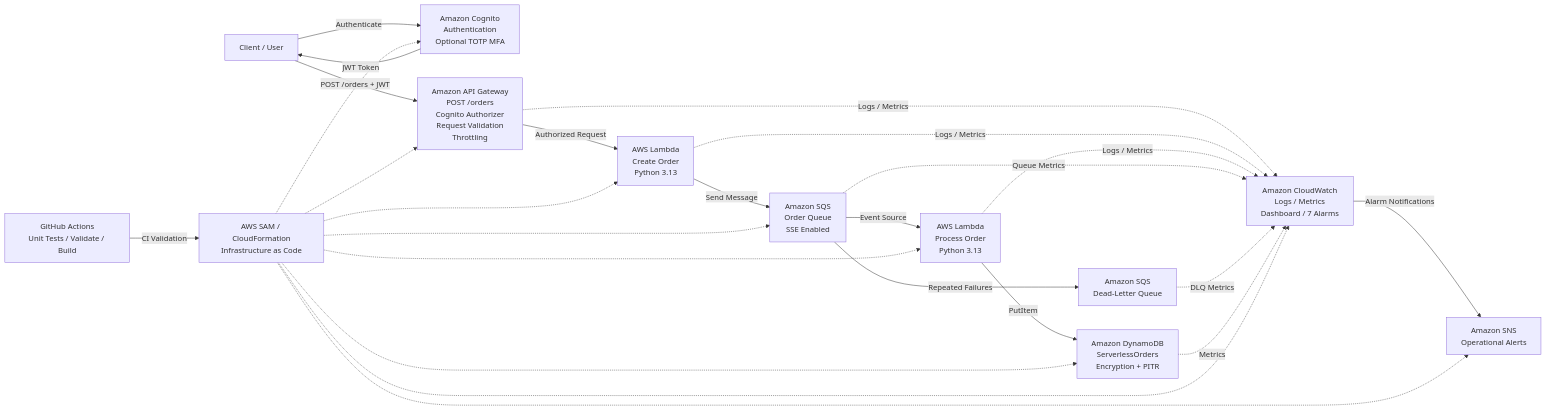
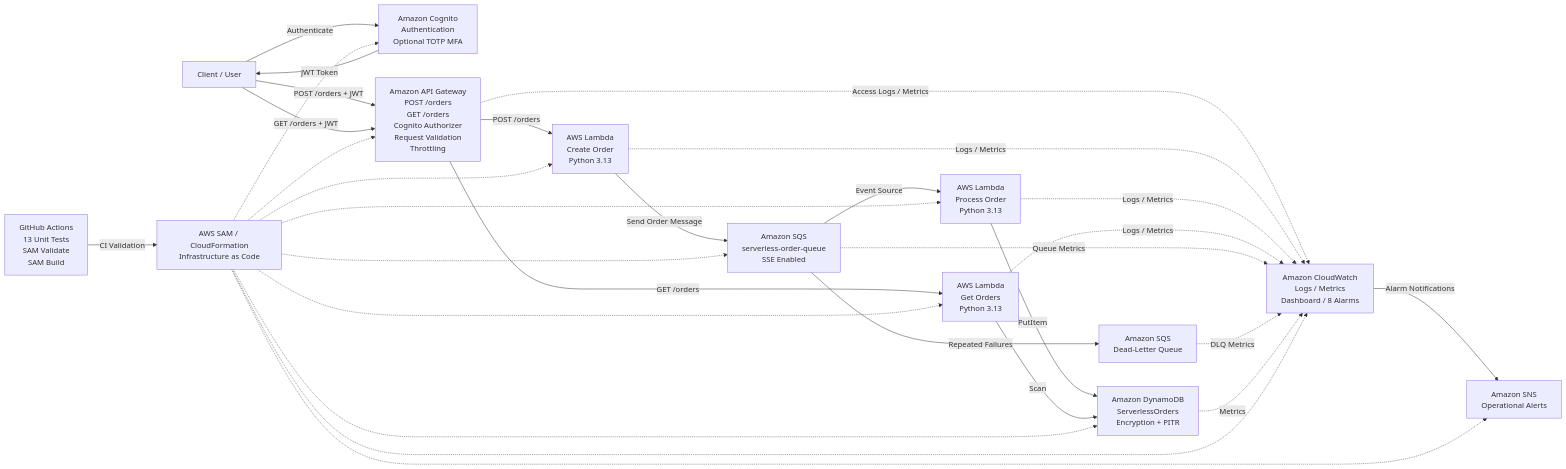
One commit to MusaMabasa/serverless-order-processing changed the diagram in docs/architecture.md. Above: the diagram before and after it, drawn with Mermaid. The commit also changed other lines of this file and 3 other files, not shown here.

Commit message:
Update documentation for authenticated GET orders endpoint

````diff
--- a/docs/architecture.md
+++ b/docs/architecture.md
@@ -3,48 +3,73 @@
 ```mermaid
 flowchart LR
 
     User["Client / User"]
+
     Cognito["Amazon Cognito<br/>Authentication<br/>Optional TOTP MFA"]
-    APIGW["Amazon API Gateway<br/>POST /orders<br/>Cognito Authorizer<br/>Request Validation<br/>Throttling"]
+
+    APIGW["Amazon API Gateway<br/>POST /orders<br/>GET /orders<br/>Cognito Authorizer<br/>Request Validation<br/>Throttling"]
+
     CreateLambda["AWS Lambda<br/>Create Order<br/>Python 3.13"]
-    SQS["Amazon SQS<br/>Order Queue<br/>SSE Enabled"]
+
+    SQS["Amazon SQS<br/>serverless-order-queue<br/>SSE Enabled"]
+
     ProcessLambda["AWS Lambda<br/>Process Order<br/>Python 3.13"]
+
+    GetOrdersLambda["AWS Lambda<br/>Get Orders<br/>Python 3.13"]
+
     DynamoDB["Amazon DynamoDB<br/>ServerlessOrders<br/>Encryption + PITR"]
+
     DLQ["Amazon SQS<br/>Dead-Letter Queue"]
-    CloudWatch["Amazon CloudWatch<br/>Logs / Metrics<br/>Dashboard / 7 Alarms"]
+
+    CloudWatch["Amazon CloudWatch<br/>Logs / Metrics<br/>Dashboard / 8 Alarms"]
+
     SNS["Amazon SNS<br/>Operational Alerts"]
+
     SAM["AWS SAM / CloudFormation<br/>Infrastructure as Code"]
-    GitHub["GitHub Actions<br/>Unit Tests / Validate / Build"]
+
+    GitHub["GitHub Actions<br/>13 Unit Tests<br/>SAM Validate<br/>SAM Build"]
+
 
     User -->|"Authenticate"| Cognito
     Cognito -->|"JWT Token"| User
 
+
     User -->|"POST /orders + JWT"| APIGW
-    APIGW -->|"Authorized Request"| CreateLambda
+    APIGW -->|"POST /orders"| CreateLambda
 
-    CreateLambda -->|"Send Message"| SQS
+    CreateLambda -->|"Send Order Message"| SQS
     SQS -->|"Event Source"| ProcessLambda
     ProcessLambda -->|"PutItem"| DynamoDB
 
+
+    User -->|"GET /orders + JWT"| APIGW
+    APIGW -->|"GET /orders"| GetOrdersLambda
+    GetOrdersLambda -->|"Scan"| DynamoDB
+
+
     SQS -->|"Repeated Failures"| DLQ
 
-    APIGW -.->|"Logs / Metrics"| CloudWatch
+
+    APIGW -.->|"Access Logs / Metrics"| CloudWatch
     CreateLambda -.->|"Logs / Metrics"| CloudWatch
     ProcessLambda -.->|"Logs / Metrics"| CloudWatch
+    GetOrdersLambda -.->|"Logs / Metrics"| CloudWatch
     SQS -.->|"Queue Metrics"| CloudWatch
     DLQ -.->|"DLQ Metrics"| CloudWatch
     DynamoDB -.->|"Metrics"| CloudWatch
 
     CloudWatch -->|"Alarm Notifications"| SNS
 
+
+    SAM -.-> Cognito
     SAM -.-> APIGW
-    SAM -.-> Cognito
     SAM -.-> CreateLambda
+    SAM -.-> GetOrdersLambda
     SAM -.-> SQS
     SAM -.-> ProcessLambda
     SAM -.-> DynamoDB
     SAM -.-> CloudWatch
     SAM -.-> SNS
 
     GitHub -->|"CI Validation"| SAM
 ```
````
